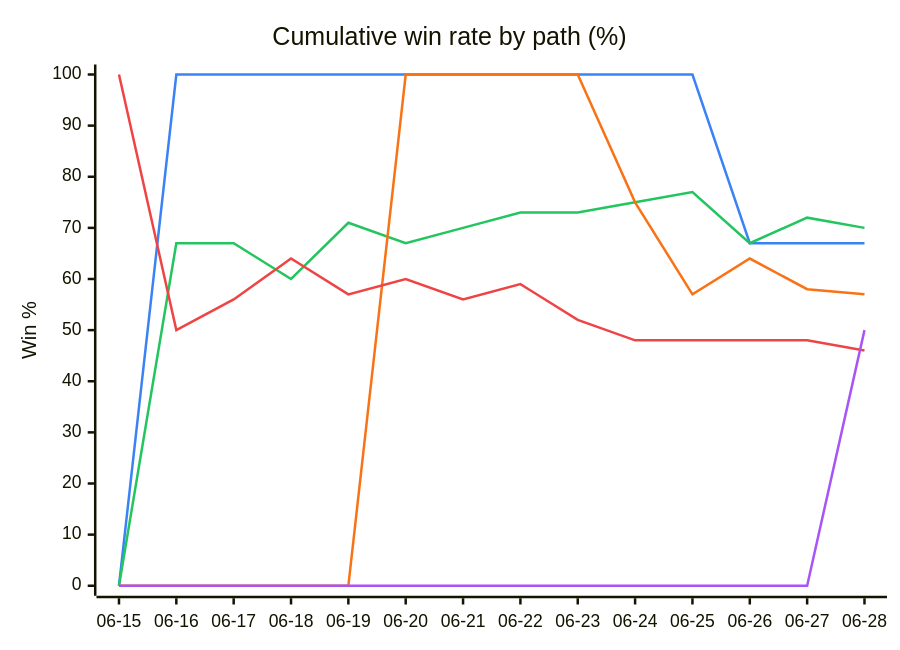
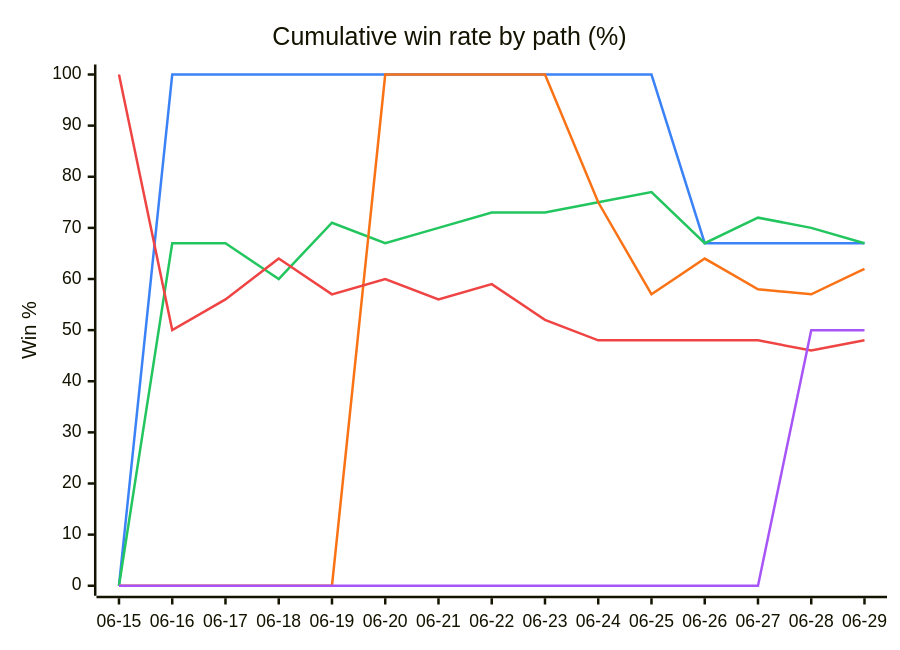
The second of 5 diagrams in DAILY_AGSU_REPORT.md (dpk1212/nhl-savant), drawn with Mermaid before and after one commit. The commit also changed other lines of this file, not shown here.

````diff
--- a/DAILY_AGSU_REPORT.md
+++ b/DAILY_AGSU_REPORT.md
@@ -207,12 +209,12 @@
 ```mermaid
 %%{init: {"themeVariables": {"xyChart": {"plotColorPalette": "#3b82f6,#22c55e,#f97316,#ef4444,#a855f7"}}}}%%
 xychart-beta
     title "Cumulative win rate by path (%)"
-    x-axis ["06-15", "06-16", "06-17", "06-18", "06-19", "06-20", "06-21", "06-22", "06-23", "06-24", "06-25", "06-26", "06-27", "06-28"]
+    x-axis ["06-15", "06-16", "06-17", "06-18", "06-19", "06-20", "06-21", "06-22", "06-23", "06-24", "06-25", "06-26", "06-27", "06-28", "06-29"]
     y-axis "Win %" 0 --> 100
-    line [0, 100, 100, 100, 100, 100, 100, 100, 100, 100, 100, 67, 67, 67]
-    line [0, 67, 67, 60, 71, 67, 70, 73, 73, 75, 77, 67, 72, 70]
-    line [0, 0, 0, 0, 0, 100, 100, 100, 100, 75, 57, 64, 58, 57]
-    line [100, 50, 56, 64, 57, 60, 56, 59, 52, 48, 48, 48, 48, 46]
-    line [0, 0, 0, 0, 0, 0, 0, 0, 0, 0, 0, 0, 0, 50]
+    line [0, 100, 100, 100, 100, 100, 100, 100, 100, 100, 100, 67, 67, 67, 67]
+    line [0, 67, 67, 60, 71, 67, 70, 73, 73, 75, 77, 67, 72, 70, 67]
+    line [0, 0, 0, 0, 0, 100, 100, 100, 100, 75, 57, 64, 58, 57, 62]
+    line [100, 50, 56, 64, 57, 60, 56, 59, 52, 48, 48, 48, 48, 46, 48]
+    line [0, 0, 0, 0, 0, 0, 0, 0, 0, 0, 0, 0, 0, 50, 50]
 ```
````
